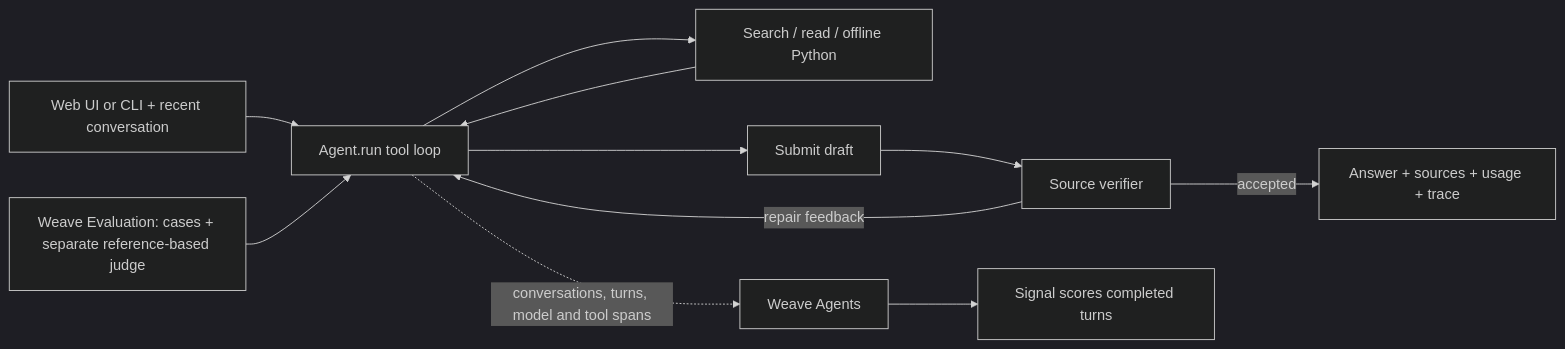
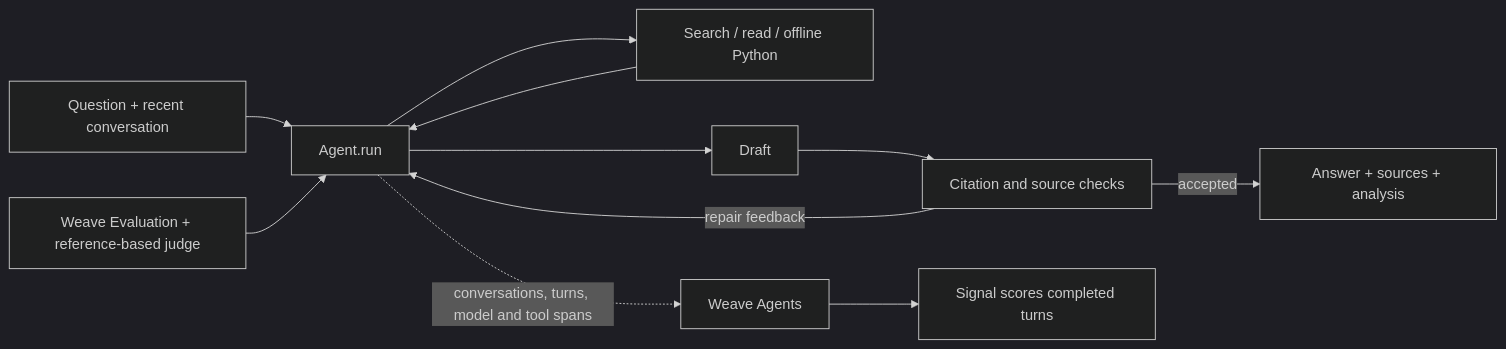
One commit to devsodhirao/coreweaving changed the diagram in README.md. Above: the diagram before and after it, drawn with Mermaid (dark theme). The commit also changed other lines of this file and 99 other files, not shown here.

````diff
--- a/README.md
+++ b/README.md
@@ -59,13 +50,13 @@
 ```mermaid
 flowchart LR
-    Q[Web UI or CLI + recent conversation] --> A[Agent.run tool loop]
+    Q[Question + recent conversation] --> A[Agent.run]
     A --> T[Search / read / offline Python]
     T --> A
-    A --> D[Submit draft]
-    D --> V[Source verifier]
+    A --> D[Draft]
+    D --> V[Citation and source checks]
     V -->|repair feedback| A
-    V -->|accepted| U[Answer + sources + usage + trace]
-    E[Weave Evaluation: cases + separate reference-based judge] --> A
+    V -->|accepted| U[Answer + sources + analysis]
+    E[Weave Evaluation + reference-based judge] --> A
     A -. conversations, turns, model and tool spans .-> W[Weave Agents]
     W --> S[Signal scores completed turns]
 ```
````
